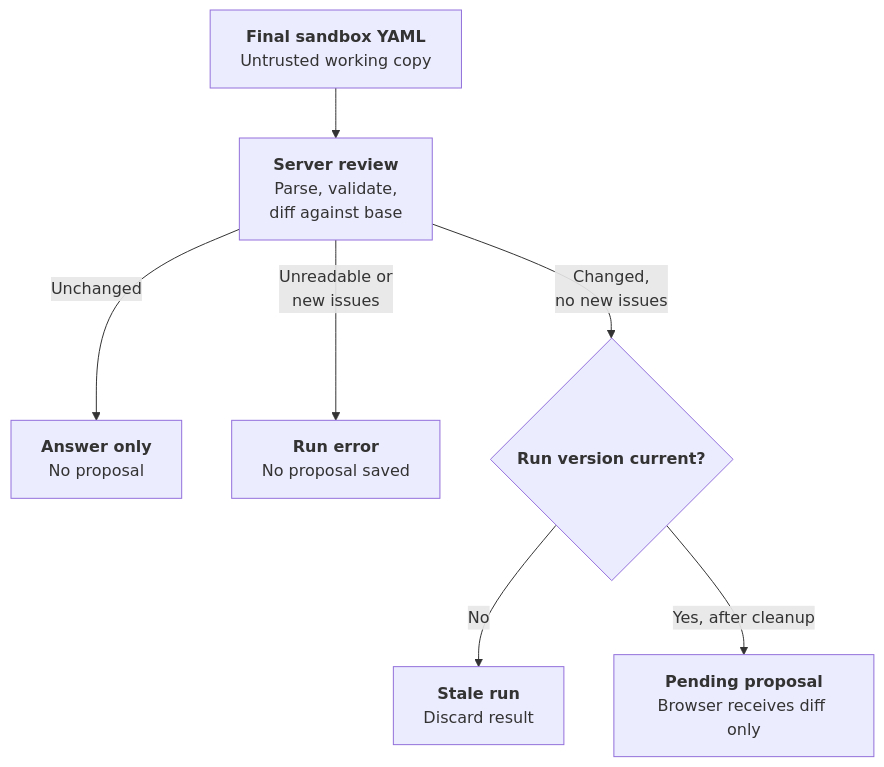
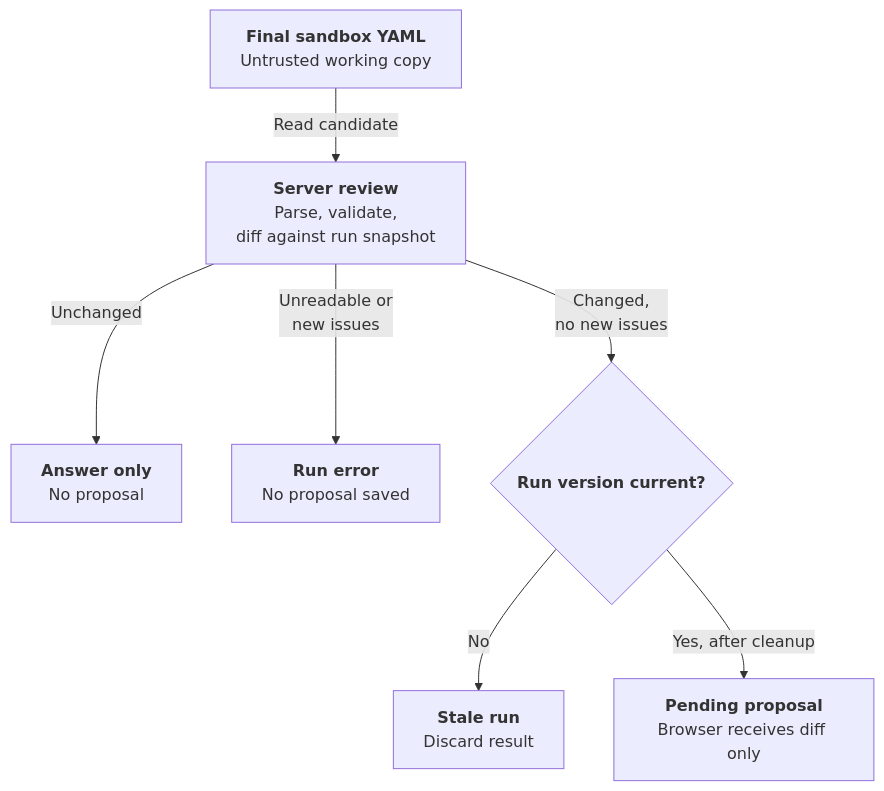
Before and after one commit to j3soon/nurse-scheduling: diagram 13 of 14 in docs/content/developer-guide/ai-assistant.md, drawn with Mermaid. The commit also changed other lines of this file and 1 other file, not shown here.

First line of the commit message:
docs(ai): clarify runtime flow and diagram relationships

````diff
--- a/docs/content/developer-guide/ai-assistant.md
+++ b/docs/content/developer-guide/ai-assistant.md
@@ -751,10 +672,12 @@
 ```mermaid
 flowchart TB
-    Working[<b>Final sandbox YAML</b><br/>Untrusted working copy] --> Review[<b>Server review</b><br/>Parse, validate,<br/>diff against base]
+    Working[<b>Final sandbox YAML</b><br/>Untrusted working copy]
+    Review[<b>Server review</b><br/>Parse, validate,<br/>diff against run snapshot]
+    Working -->|Read candidate| Review
     Review -->|Unchanged| Answer[<b>Answer only</b><br/>No proposal]
     Review -->|Unreadable or<br/>new issues| Fail[<b>Run error</b><br/>No proposal saved]
     Review -->|Changed,<br/>no new issues| Current{<b>Run version current?</b>}
     Current -->|No| Stale[<b>Stale run</b><br/>Discard result]
     Current -->|Yes, after cleanup| Pending[<b>Pending proposal</b><br/>Browser receives diff only]
 
 ```
````
